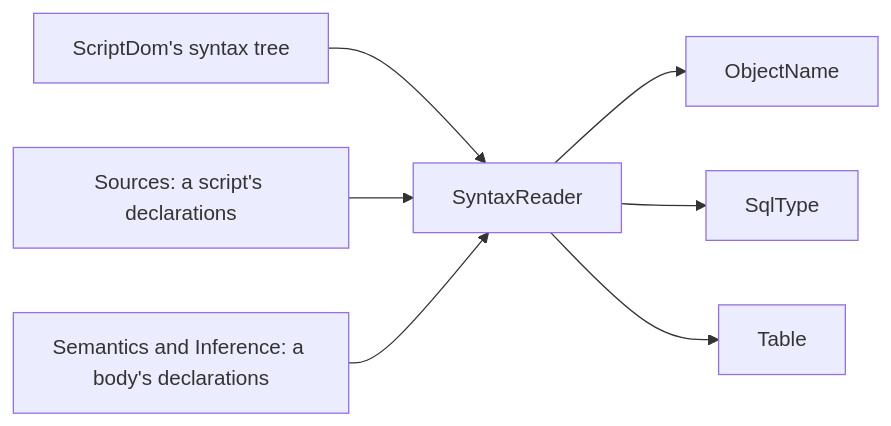
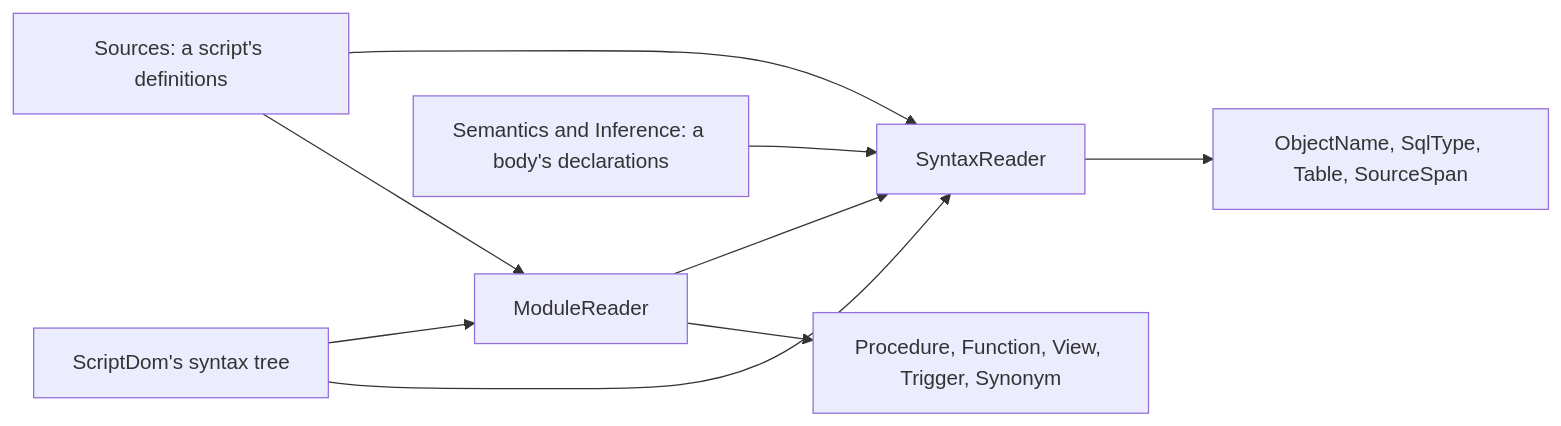
Before and after one commit to haruspex-tools/haruspex: the diagram in src/Haruspex.SqlServer.Syntax/README.md, drawn with Mermaid. The commit also changed other lines of this file and 56 other files, not shown here.

````diff
--- a/src/Haruspex.SqlServer.Syntax/README.md
+++ b/src/Haruspex.SqlServer.Syntax/README.md
@@ -13,9 +14,11 @@
 ```mermaid
 flowchart LR
     parsed["ScriptDom's syntax tree"] --> reader["SyntaxReader"]
-    reader --> name["ObjectName"]
-    reader --> type["SqlType"]
-    reader --> table["Table"]
-    sources["Sources: a script's declarations"] --> reader
+    parsed --> modules["ModuleReader"]
+    reader --> values["ObjectName, SqlType, Table, SourceSpan"]
+    modules --> objects["Procedure, Function, View, Trigger, Synonym"]
+    modules --> reader
+    sources["Sources: a script's definitions"] --> modules
+    sources --> reader
     body["Semantics and Inference: a body's declarations"] --> reader
 ```
````
